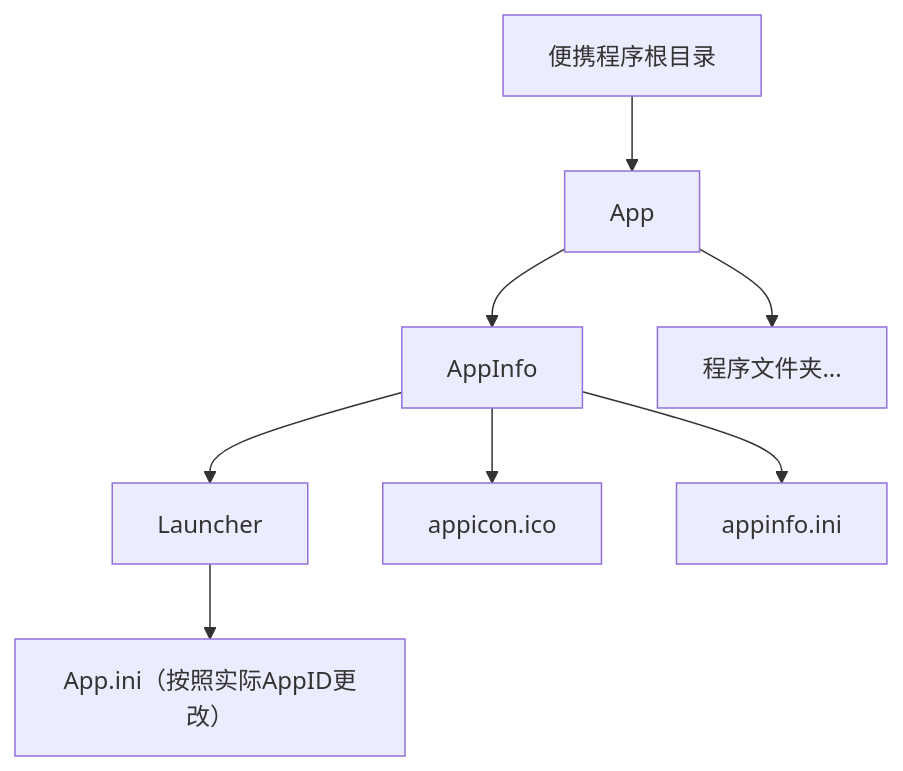
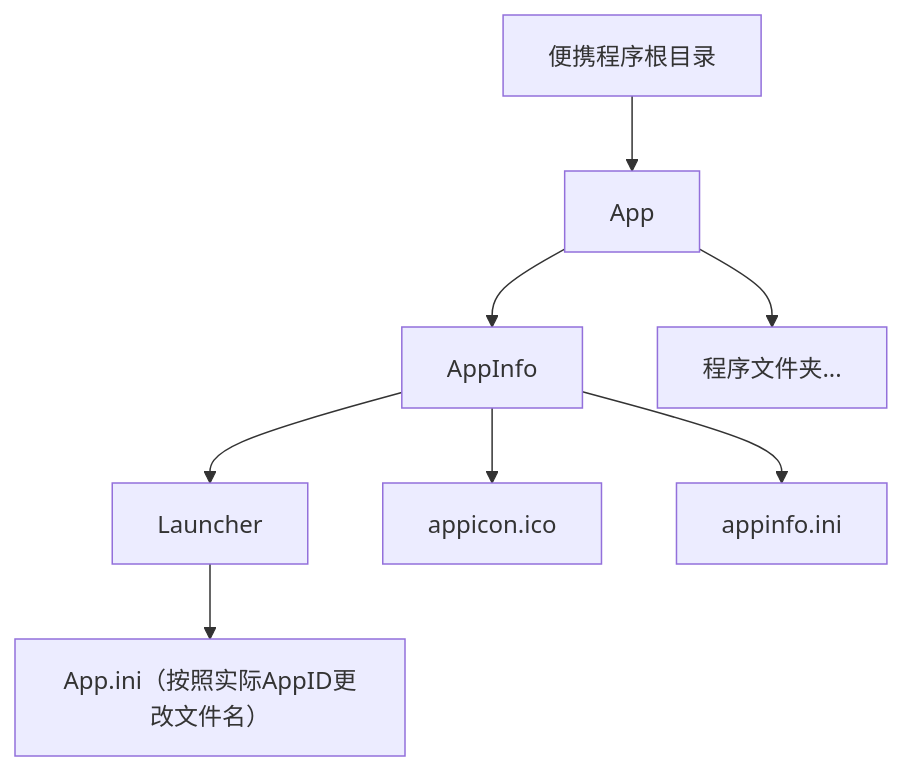
Before and after one commit to PZJPZJPZJ/InfPage: the diagram in src/wiki/portable-apps.md, drawn with Mermaid. The commit also changed 1 other file, not shown here.

Commit message:
docs: 更新文档

````diff
--- a/src/wiki/portable-apps.md
+++ b/src/wiki/portable-apps.md
@@ -6,10 +6,10 @@
 ```mermaid
 graph TD
     Root[便携程序根目录] --> App
     App --> AppInfo
     AppInfo --> Launcher
-    Launcher --> App.ini[App.ini（按照实际AppID更改）]
+    Launcher --> App.ini[App.ini（按照实际AppID更改文件名）]
     AppInfo --> appicon.ico
     AppInfo --> appinfo.ini
     App --> Others[程序文件夹...]
 ```
````
